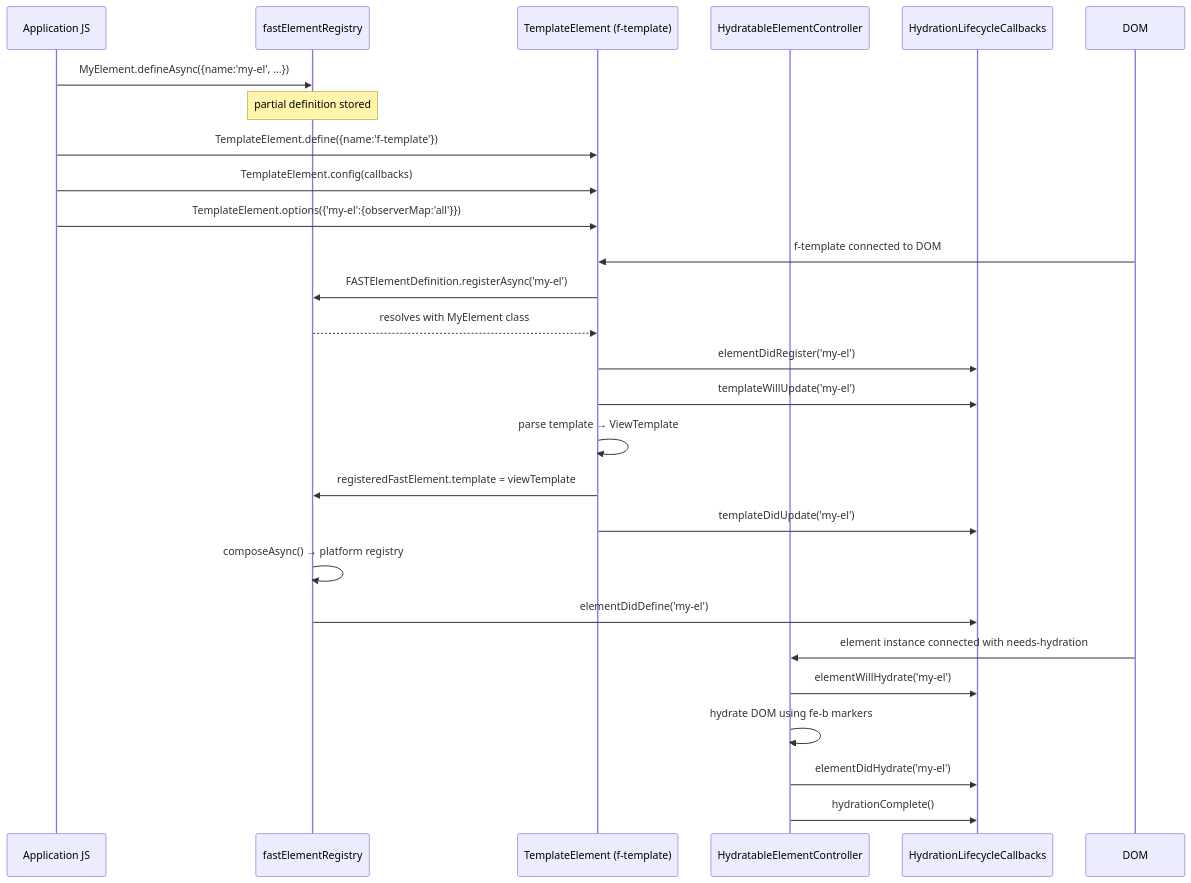
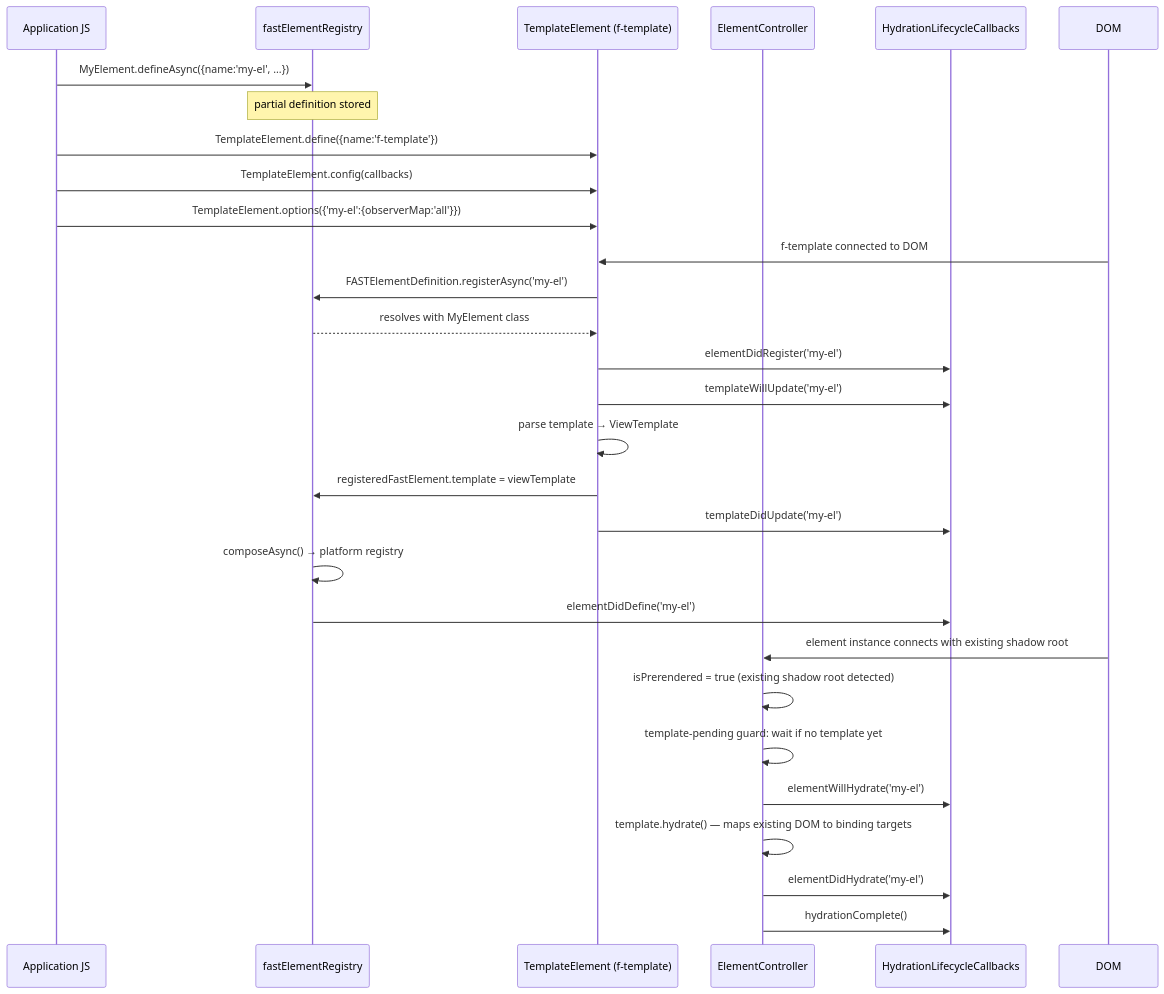
One commit to microsoft/fast changed the fourth of 4 diagrams in packages/fast-html/DESIGN.md. Above: the diagram before and after it, drawn with Mermaid. The commit also changed other lines of this file and 5 other files, not shown here.

````diff
--- a/packages/fast-html/DESIGN.md
+++ b/packages/fast-html/DESIGN.md
@@ -317,32 +307,34 @@
 ```mermaid
 sequenceDiagram
     participant App as Application JS
     participant FER as fastElementRegistry
     participant TE as TemplateElement (f-template)
-    participant HEC as HydratableElementController
+    participant EC as ElementController
     participant Callbacks as HydrationLifecycleCallbacks
 
     App->>FER: MyElement.defineAsync({name:'my-el', ...})
     note over FER: partial definition stored
 
     App->>TE: TemplateElement.define({name:'f-template'})
     App->>TE: TemplateElement.config(callbacks)
     App->>TE: TemplateElement.options({'my-el':{observerMap:'all'}})
 
     DOM->>TE: f-template connected to DOM
     TE->>FER: FASTElementDefinition.registerAsync('my-el')
     FER-->>TE: resolves with MyElement class
     TE->>Callbacks: elementDidRegister('my-el')
     TE->>Callbacks: templateWillUpdate('my-el')
     TE->>TE: parse template → ViewTemplate
     TE->>FER: registeredFastElement.template = viewTemplate
     TE->>Callbacks: templateDidUpdate('my-el')
     FER->>FER: composeAsync() → platform registry
     FER->>Callbacks: elementDidDefine('my-el')
 
-    DOM->>HEC: element instance connected with needs-hydration
-    HEC->>Callbacks: elementWillHydrate('my-el')
-    HEC->>HEC: hydrate DOM using fe-b markers
-    HEC->>Callbacks: elementDidHydrate('my-el')
-    HEC->>Callbacks: hydrationComplete()
+    DOM->>EC: element instance connects with existing shadow root
+    EC->>EC: isPrerendered = true (existing shadow root detected)
+    EC->>EC: template-pending guard: wait if no template yet
+    EC->>Callbacks: elementWillHydrate('my-el')
+    EC->>EC: template.hydrate() — maps existing DOM to binding targets
+    EC->>Callbacks: elementDidHydrate('my-el')
+    EC->>Callbacks: hydrationComplete()
 ```
````
